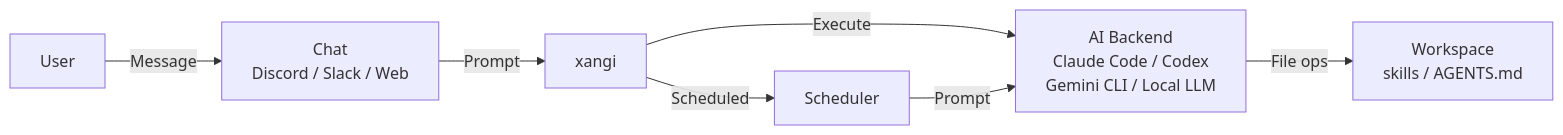
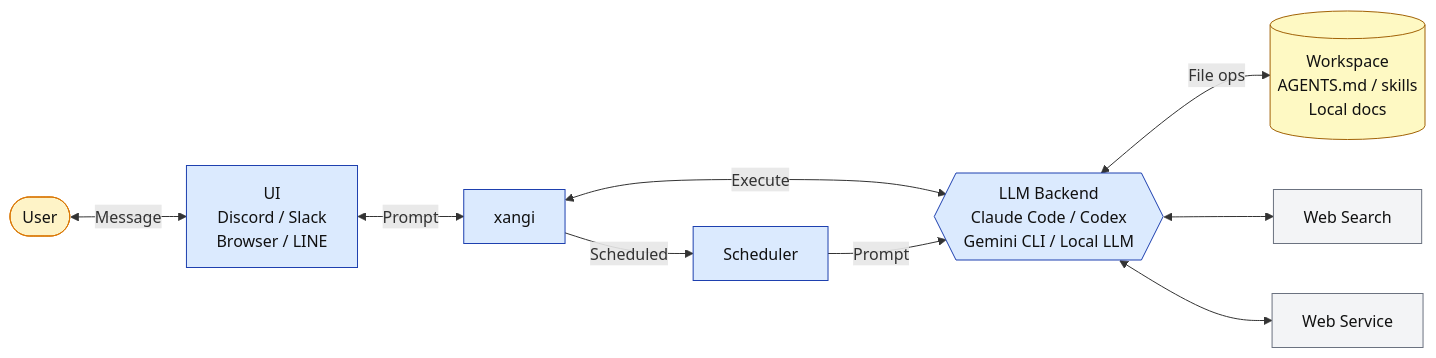
One commit to karaage0703/xangi changed the diagram in README.en.md. Above: the diagram before and after it, drawn with Mermaid. The commit also changed 16 other files, not shown here.

````diff
--- a/README.en.md
+++ b/README.en.md
@@ -22,9 +22,20 @@
 ```mermaid
-graph LR
-    User --> |Message| Chat[Chat<br/>Discord / Slack / Web]
-    Chat --> |Prompt| xangi
-    xangi --> |Execute| CLI[AI Backend<br/>Claude Code / Codex<br/>Gemini CLI / Local LLM]
-    CLI --> |File ops| WS[Workspace<br/>skills / AGENTS.md]
-    xangi --> |Scheduled| Scheduler
-    Scheduler --> |Prompt| CLI
+flowchart LR
+    User([User]) <-->|Message| chat[UI<br/>Discord / Slack<br/>Browser / LINE]
+    chat <-->|Prompt| xangi[xangi]
+    xangi <-->|Execute| LLM{{LLM Backend<br/>Claude Code / Codex<br/>Gemini CLI / Local LLM}}
+    LLM <-->|File ops| WS[(Workspace<br/>AGENTS.md / skills<br/>Local docs)]
+    LLM <--> Web[Web Search]
+    LLM <--> Service[Web Service]
+    xangi -->|Scheduled| Scheduler
+    Scheduler -->|Prompt| LLM
+
+    classDef user fill:#fef3c7,stroke:#d97706,color:#111;
+    classDef core fill:#dbeafe,stroke:#1e40af,color:#111;
+    classDef ws fill:#fef9c3,stroke:#a16207,color:#111;
+    classDef ext fill:#f3f4f6,stroke:#6b7280,color:#111;
+    class User user;
+    class chat,xangi,LLM,Scheduler core;
+    class WS ws;
+    class Web,Service ext;
 ```
````
